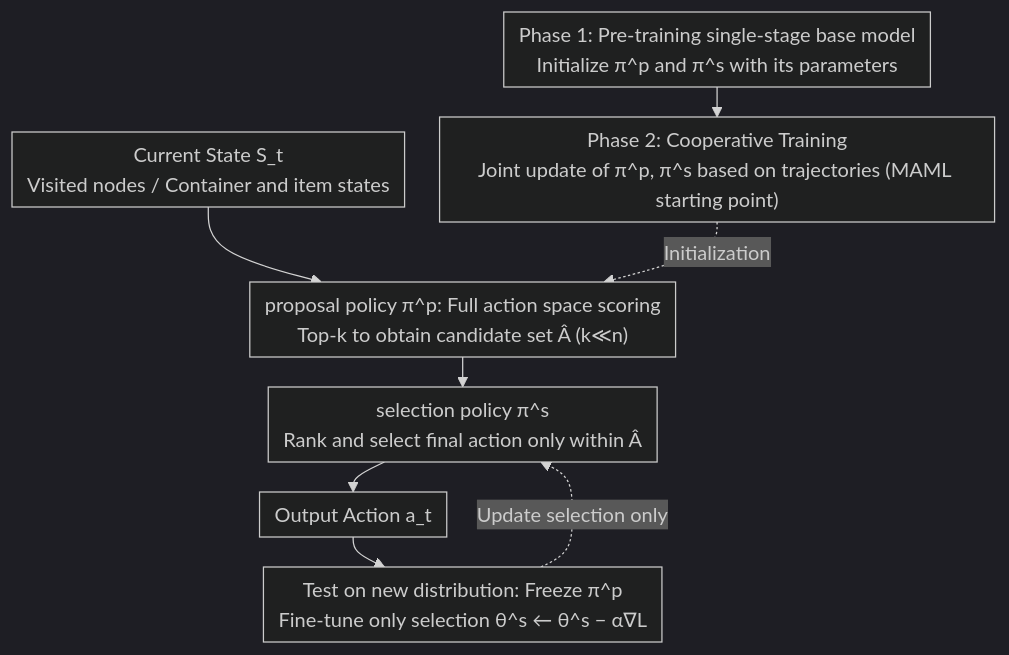
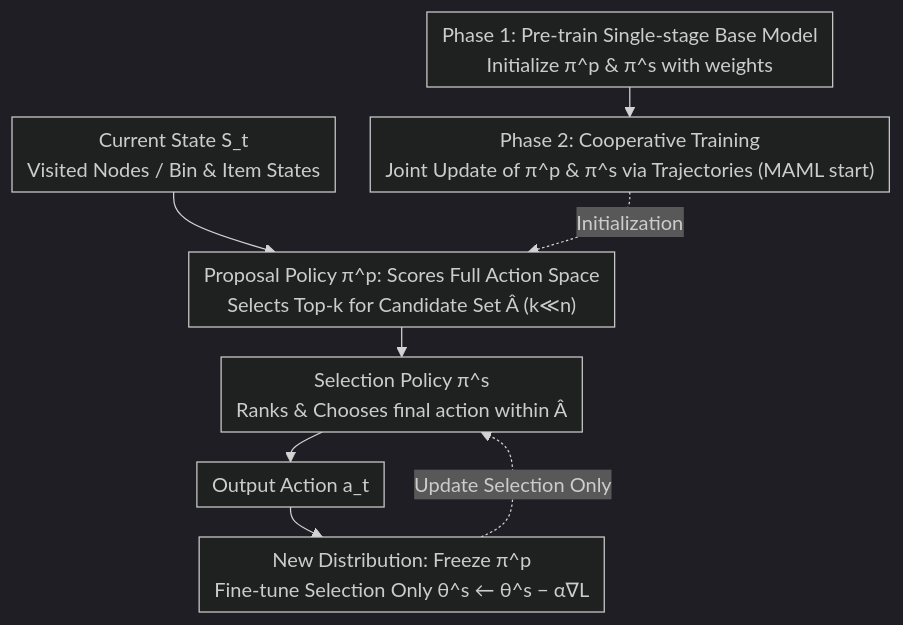
One commit to zhaoyang97/Paper-Notes-en changed the diagram in docs/ICML2026/reinforcement_learning/asap_exploiting_the_satisficing_generalization_edge_in_neural_combinatorial_opti.md. Above: the diagram before and after it, drawn with Mermaid (dark theme). The commit also changed other lines of this file and 5084 other files, not shown here.

````diff
--- a/docs/ICML2026/reinforcement_learning/asap_exploiting_the_satisficing_generalization_edge_in_neural_combinatorial_opti.md
+++ b/docs/ICML2026/reinforcement_learning/asap_exploiting_the_satisficing_generalization_edge_in_neural_combinatorial_opti.md
@@ -46,13 +46,13 @@
 ```mermaid
 %%{init: {'flowchart': {'rankSpacing': 24, 'nodeSpacing': 28, 'padding': 6, 'wrappingWidth': 420}}}%%
 flowchart TD
-    S["Current State S_t<br/>Visited nodes / Container and item states"]
-    S --> P["proposal policy π^p: Full action space scoring<br/>Top-k to obtain candidate set Â (k≪n)"]
-    P --> SEL["selection policy π^s<br/>Rank and select final action only within Â"]
+    S["Current State S_t<br/>Visited Nodes / Bin & Item States"]
+    S --> P["Proposal Policy π^p: Scores Full Action Space<br/>Selects Top-k for Candidate Set Â (k≪n)"]
+    P --> SEL["Selection Policy π^s<br/>Ranks & Chooses final action within Â"]
     SEL --> A["Output Action a_t"]
-    PRE["Phase 1: Pre-training single-stage base model<br/>Initialize π^p and π^s with its parameters"]
-    PRE --> COOP["Phase 2: Cooperative Training<br/>Joint update of π^p, π^s based on trajectories (MAML starting point)"]
+    PRE["Phase 1: Pre-train Single-stage Base Model<br/>Initialize π^p & π^s with weights"]
+    PRE --> COOP["Phase 2: Cooperative Training<br/>Joint Update of π^p & π^s via Trajectories (MAML start)"]
     COOP -. Initialization .-> P
-    A --> ADP["Test on new distribution: Freeze π^p<br/>Fine-tune only selection θ^s ← θ^s − α∇L"]
-    ADP -. Update selection only .-> SEL
+    A --> ADP["New Distribution: Freeze π^p<br/>Fine-tune Selection Only θ^s ← θ^s − α∇L"]
+    ADP -. Update Selection Only .-> SEL
 ```
````
